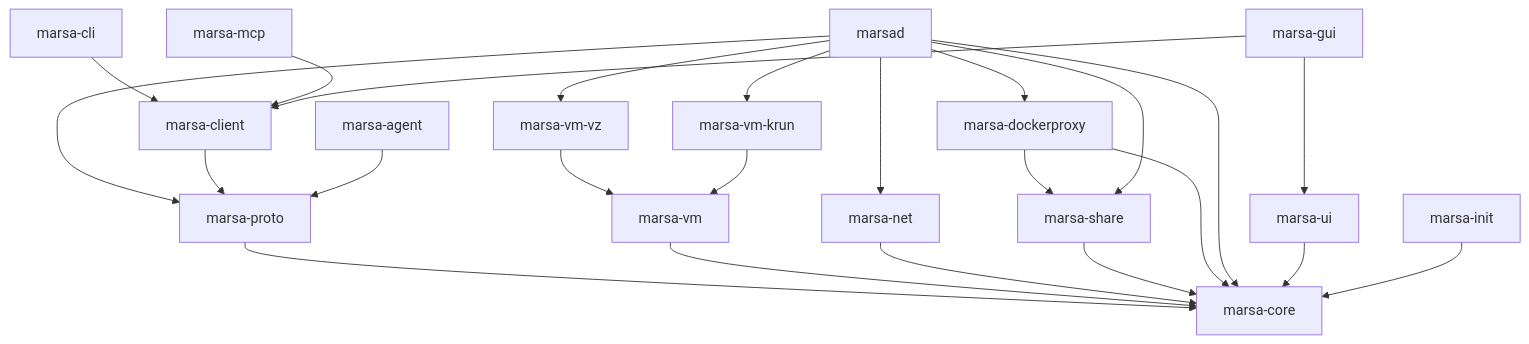
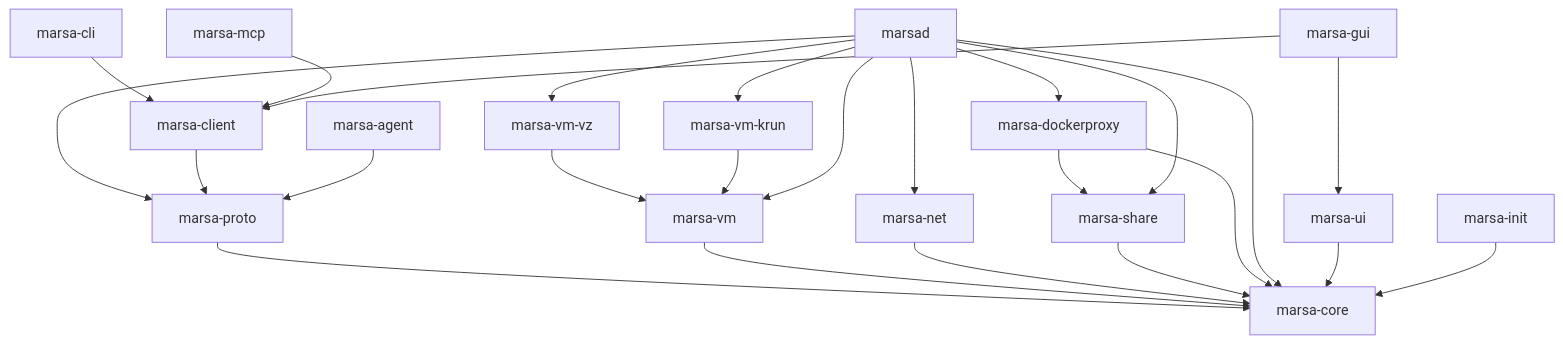
The fifth of 5 diagrams in docs/02-architecture-overview.md (nasraldin/marsa), drawn with Mermaid before and after one commit. The commit also changed 11 other files, not shown here.

````diff
--- a/docs/02-architecture-overview.md
+++ b/docs/02-architecture-overview.md
@@ -208,43 +208,44 @@
 ```mermaid
 flowchart TD
     core["marsa-core"]
     proto["marsa-proto"]
     vm["marsa-vm"]
     vz["marsa-vm-vz"]
     krun["marsa-vm-krun"]
     net["marsa-net"]
     share["marsa-share"]
     dproxy["marsa-dockerproxy"]
     d["marsad"]
     client["marsa-client"]
     cli["marsa-cli"]
     mcp["marsa-mcp"]
     ui["marsa-ui"]
     gui["marsa-gui"]
     agent["marsa-agent"]
     init["marsa-init"]
 
     proto --> core
     vm --> core
     vz --> vm
     krun --> vm
     net --> core
     share --> core
     dproxy --> core
     dproxy --> share
+    d --> vm
     d --> vz
     d --> krun
     d --> net
     d --> share
     d --> dproxy
     d --> proto
     d --> core
     client --> proto
     cli --> client
     mcp --> client
     gui --> client
     gui --> ui
     ui --> core
     agent --> proto
     init --> core
 ```
````
